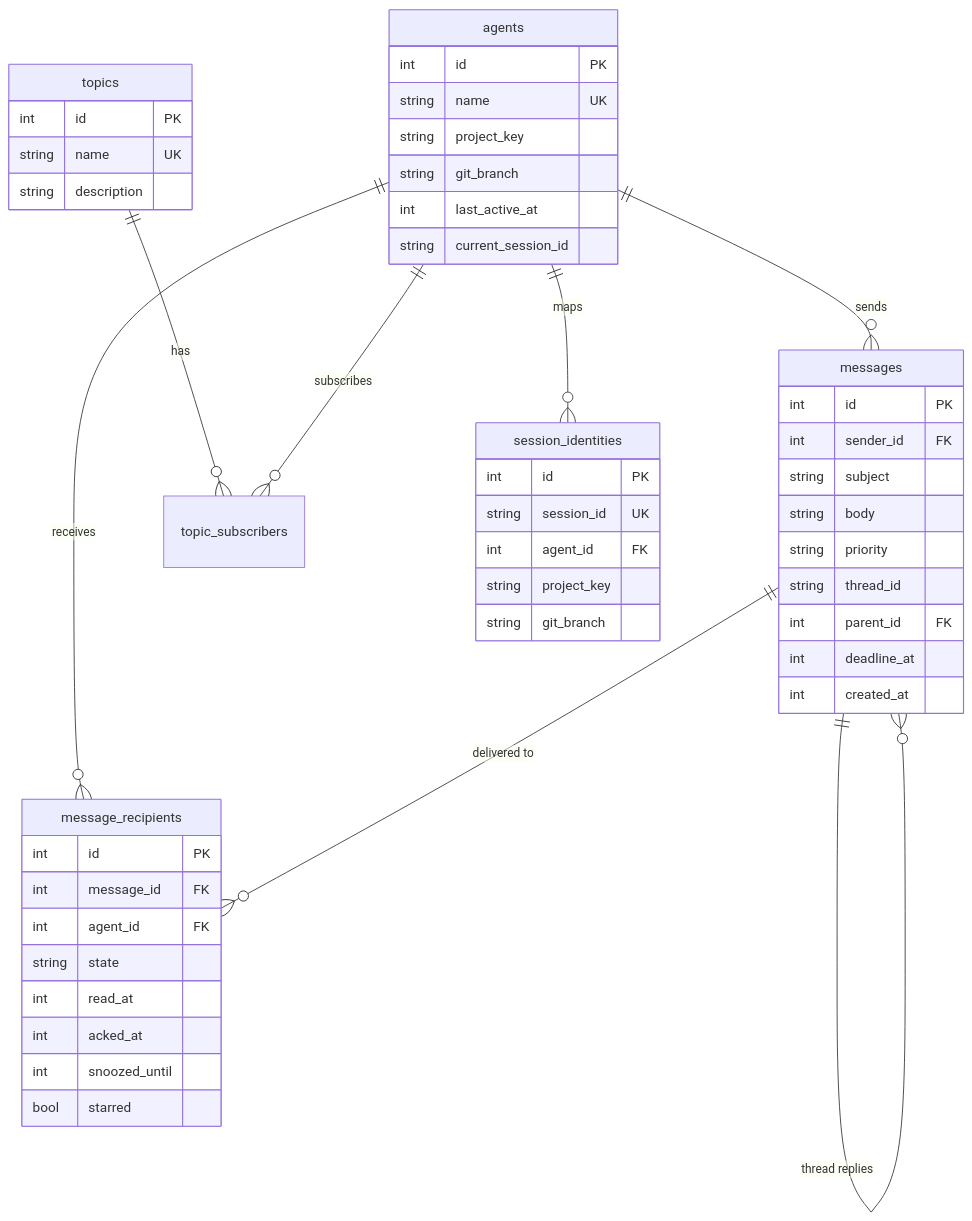
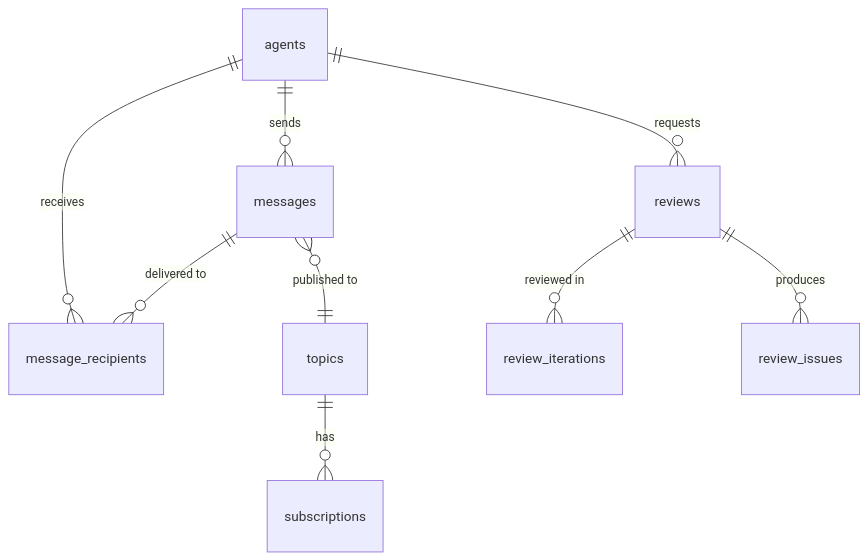
Before and after one commit to Roasbeef/substrate: the third of 3 diagrams in docs/architecture.md, drawn with Mermaid. The commit also changed other lines of this file and 1 other file, not shown here.

First line of the commit message:
docs: update architecture and API reference with review system

````diff
--- a/docs/architecture.md
+++ b/docs/architecture.md
@@ -99,56 +111,11 @@
 ```mermaid
 erDiagram
     agents ||--o{ messages : sends
     agents ||--o{ message_recipients : receives
+    agents ||--o{ reviews : requests
     messages ||--o{ message_recipients : "delivered to"
-    messages ||--o{ messages : "thread replies"
-    topics ||--o{ topic_subscribers : has
-    agents ||--o{ topic_subscribers : subscribes
-    agents ||--o{ session_identities : maps
-
-    agents {
-        int id PK
-        string name UK
-        string project_key
-        string git_branch
-        int last_active_at
-        string current_session_id
-    }
-
-    messages {
-        int id PK
-        int sender_id FK
-        string subject
-        string body
-        string priority
-        string thread_id
-        int parent_id FK
-        int deadline_at
-        int created_at
-    }
-
-    message_recipients {
-        int id PK
-        int message_id FK
-        int agent_id FK
-        string state
-        int read_at
-        int acked_at
-        int snoozed_until
-        bool starred
-    }
-
-    topics {
-        int id PK
-        string name UK
-        string description
-    }
-
-    session_identities {
-        int id PK
-        string session_id UK
-        int agent_id FK
-        string project_key
-        string git_branch
-    }
+    messages }o--|| topics : "published to"
+    topics ||--o{ subscriptions : has
+    reviews ||--o{ review_iterations : "reviewed in"
+    reviews ||--o{ review_issues : produces
 ```
````
